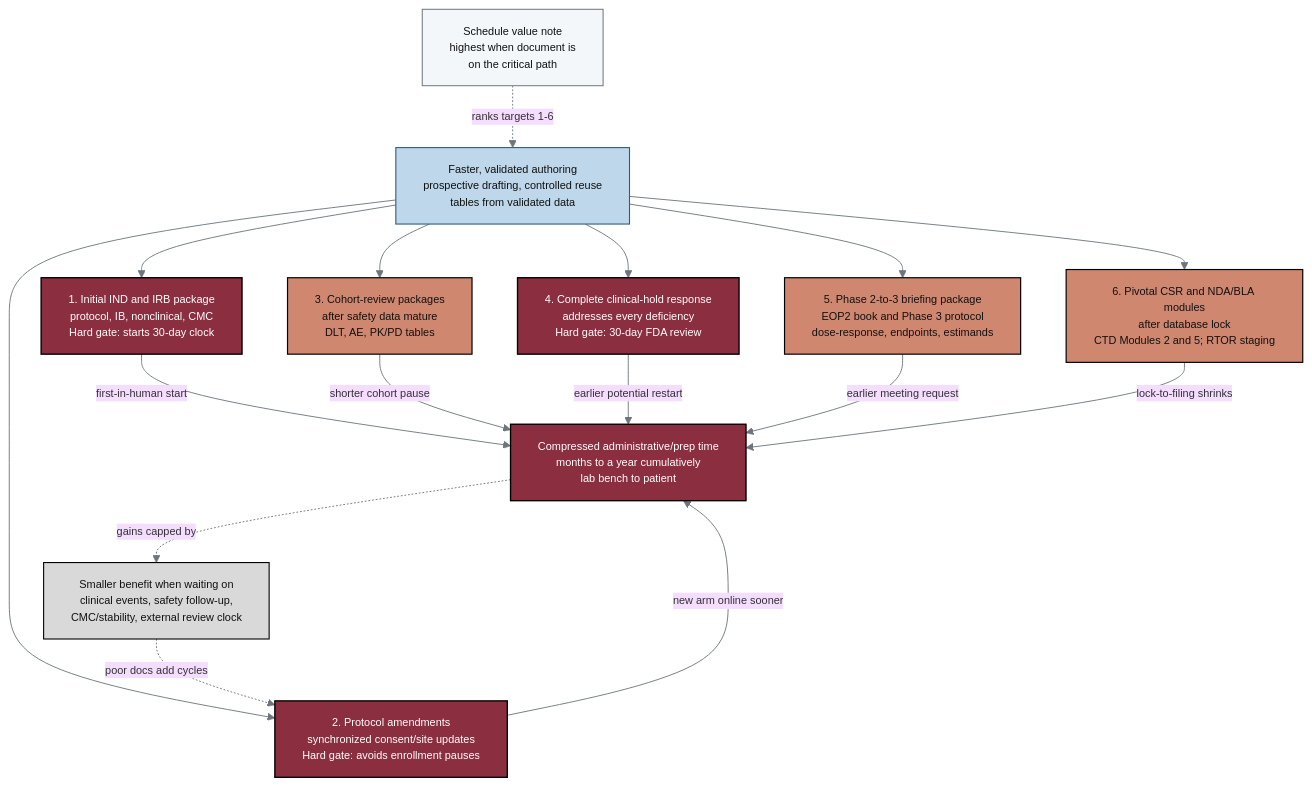
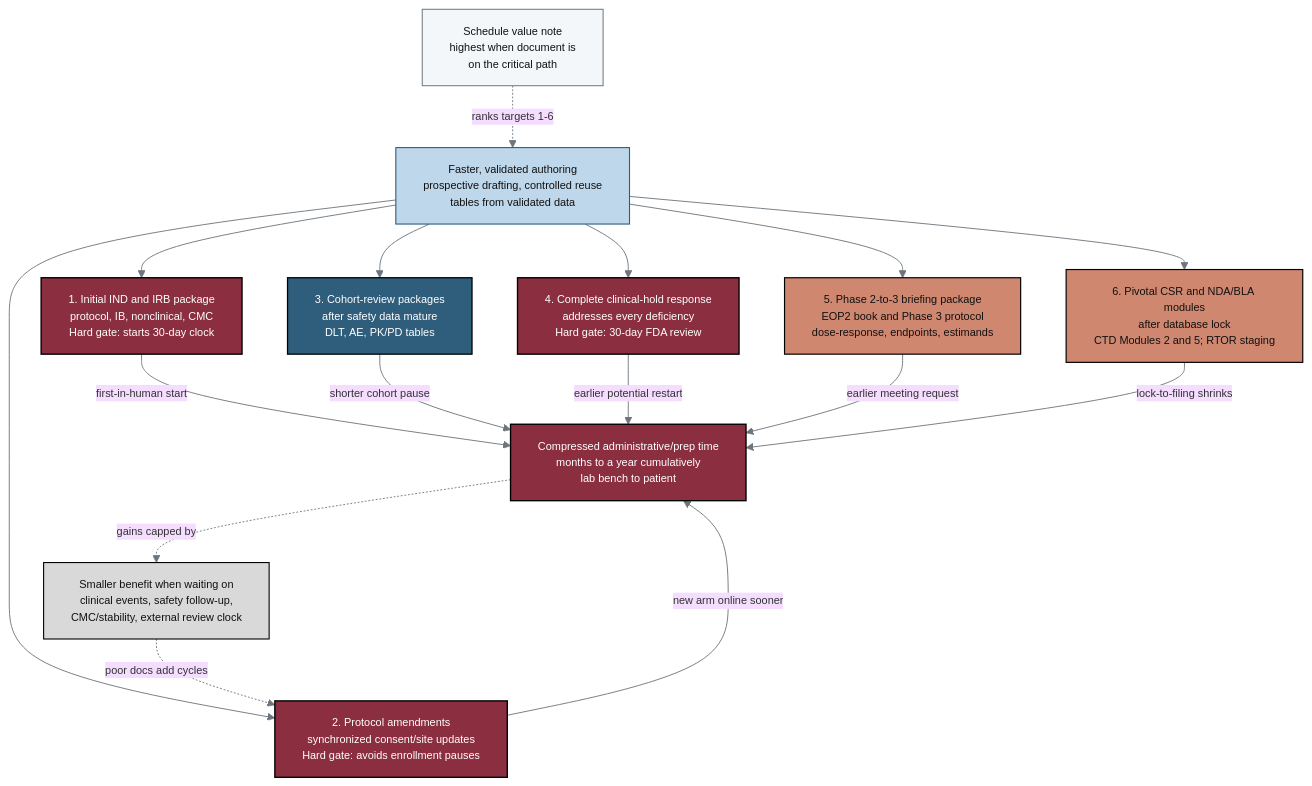
The diagram in trial-documents/mermaid/fig-04-acceleration-targets.md (kevinkawchak/physical-ai-oncology-trials), drawn with Mermaid before and after one commit. The commit also changed 7 other files, not shown here.

First line of the commit message:
fix: adversarial-review corrections - bib en-dashes to single dashes, cite costmab+autollmagent, Figure 16 cohort-review recolored to protocol-defined + gate legend

````diff
--- a/trial-documents/mermaid/fig-04-acceleration-targets.md
+++ b/trial-documents/mermaid/fig-04-acceleration-targets.md
@@ -3,42 +3,42 @@
 ```mermaid
 %%{init: {'theme':'base','themeVariables':{'fontSize':'12px','lineColor':'#6C757D'}}}%%
 flowchart TB
   IN["Faster, validated authoring<br/>prospective drafting, controlled reuse<br/>tables from validated data"]:::input
 
   T1["1. Initial IND and IRB package<br/>protocol, IB, nonclinical, CMC<br/>Hard gate: starts 30-day clock"]:::goal
   T2["2. Protocol amendments<br/>synchronized consent/site updates<br/>Hard gate: avoids enrollment pauses"]:::goal
-  T3["3. Cohort-review packages<br/>after safety data mature<br/>DLT, AE, PK/PD tables"]:::accent
+  T3["3. Cohort-review packages<br/>after safety data mature<br/>DLT, AE, PK/PD tables"]:::proc
   T4["4. Complete clinical-hold response<br/>addresses every deficiency<br/>Hard gate: 30-day FDA review"]:::goal
   T5["5. Phase 2-to-3 briefing package<br/>EOP2 book and Phase 3 protocol<br/>dose-response, endpoints, estimands"]:::accent
   T6["6. Pivotal CSR and NDA/BLA modules<br/>after database lock<br/>CTD Modules 2 and 5; RTOR staging"]:::accent
 
   OUT["Compressed administrative/prep time<br/>months to a year cumulatively<br/>lab bench to patient"]:::goal
 
   NOTE["Schedule value note<br/>highest when document is<br/>on the critical path"]:::ctx
   LIMIT["Smaller benefit when waiting on<br/>clinical events, safety follow-up,<br/>CMC/stability, external review clock"]:::warn
 
   IN --> T1
   IN --> T2
   IN --> T3
   IN --> T4
   IN --> T5
   IN --> T6
 
   T1 -- "first-in-human start" --> OUT
   T2 -- "new arm online sooner" --> OUT
   T3 -- "shorter cohort pause" --> OUT
   T4 -- "earlier potential restart" --> OUT
   T5 -- "earlier meeting request" --> OUT
   T6 -- "lock-to-filing shrinks" --> OUT
 
   NOTE -. "ranks targets 1-6" .-> IN
   OUT -. "gains capped by" .-> LIMIT
   LIMIT -. "poor docs add cycles" .-> T2
 
   classDef goal   fill:#8B2E3F,stroke:#000000,stroke-width:1.5px,color:#FFFFFF
   classDef proc   fill:#2F5D7C,stroke:#000000,stroke-width:1.4px,color:#FFFFFF
   classDef accent fill:#D08770,stroke:#000000,stroke-width:1.3px,color:#111111
   classDef input  fill:#BFD7EA,stroke:#2F5D7C,stroke-width:1.2px,color:#111111
   classDef ctx    fill:#F4F7F9,stroke:#6C757D,stroke-width:1.1px,color:#111111
   classDef warn   fill:#D9D9D9,stroke:#000000,stroke-width:1.2px,color:#111111
 ```
````
